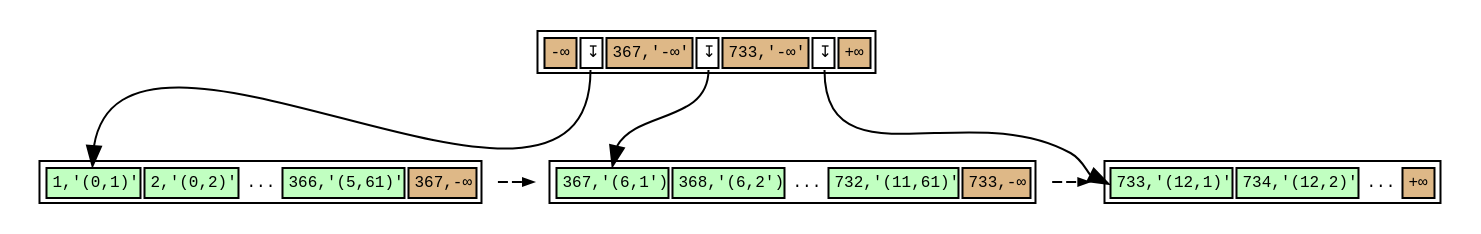
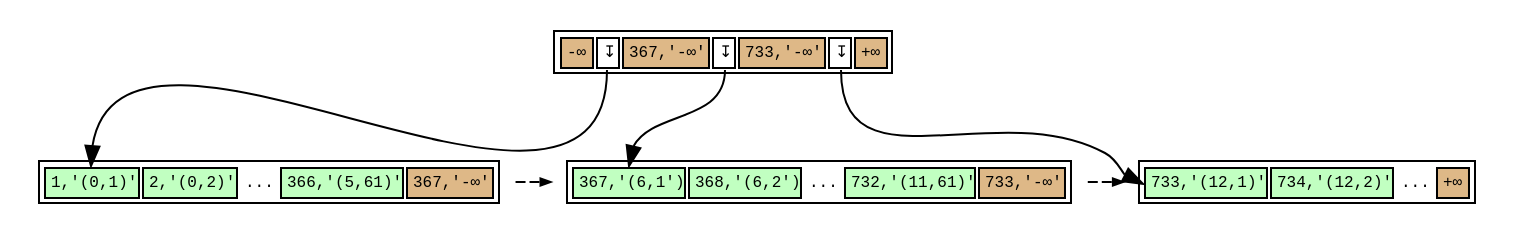
The diagram in postgres-real-btree.dot (petergeoghegan/pg_query_internals), drawn with Graphviz before and after one commit.

Commit message:
Add more realistic B-Tree

```diff
--- a/postgres-real-btree.dot
+++ b/postgres-real-btree.dot
@@ -1,79 +1,79 @@
 // Example B-Tree graph
 //
 // Breadth-first order
 //
 // Start from root, go left to right
 //
 // Workflow:
 //
 // $ dot -T svg btree.dot -o btree.svg;
 
 digraph nbtree {
 graph [fontname = "monospace"];
 node [shape = none,height=.1,fontname = "monospace",fontsize=8];
 // Level 1 (root level)
 // Downlinks + highkey:
 rootnode[ label=<<table>
                     <tr>
                         <td bgcolor='burlywood' port="s0">-&infin;</td>
                         <td bgcolor='white' port="d0">&#8615;</td>
                         <td bgcolor='burlywood' port="s1">367,'-&infin;'</td>
                         <td bgcolor='white' port="d1">&#8615;</td>
                         <td bgcolor='burlywood' port="s2">733,'-&infin;'</td>
                         <td bgcolor='white' port="d2">&#8615;</td>
                         <td bgcolor='burlywood' port="hk">+&infin;</td>
                     </tr>
                 </table>
                >
         ];
 // Downlink arrows to children:
 "rootnode":d0 -> "leafnode_1":t0
 "rootnode":d1 -> "leafnode_2":t0
 "rootnode":d2 -> "leafnode_3":t0
 
 // sibling pointer:
 // (None)
 
 
 // Level 0 (leaf level)
 leafnode_1[ label=<<table>
                     <tr>
                         <td bgcolor='darkseagreen1' port="t0">1,'(0,1)'</td>
                         <td bgcolor='darkseagreen1' port="t1">2,'(0,2)'</td>
                         <td border="0" bgcolor='white' port="t2">...</td>
                         <td bgcolor='darkseagreen1' port="t1">366,'(5,61)'</td>
-                        <td bgcolor='burlywood' port="hk">367,-&infin;</td>
+                        <td bgcolor='burlywood' port="hk">367,'-&infin;'</td>
                     </tr>
                 </table>
                >
         ];
 // sibling pointer:
 "leafnode_1" -> "leafnode_2"[constraint=false,color=black,style=dashed,arrowsize=0.5]
 leafnode_2[ label=<<table>
                     <tr>
                         <td bgcolor='darkseagreen1' port="t0">367,'(6,1')</td>
                         <td bgcolor='darkseagreen1' port="t1">368,'(6,2')</td>
                         <td border="0" bgcolor='white' port="t2">...</td>
                         <td bgcolor='darkseagreen1' port="t1">732,'(11,61)'</td>
-                        <td bgcolor='burlywood' port="hk">733,-&infin;</td>
+                        <td bgcolor='burlywood' port="hk">733,'-&infin;'</td>
                     </tr>
                 </table>
                >
         ];
 // sibling pointer:
 "leafnode_2" -> "leafnode_3"[constraint=false,color=black,style=dashed,arrowsize=0.5]
 leafnode_3[ label=<<table>
                     <tr>
                         <td bgcolor='darkseagreen1' port="t0">733,'(12,1)'</td>
                         <td bgcolor='darkseagreen1' port="t1">734,'(12,2)'</td>
                         <td border="0" bgcolor='white' port="t2">...</td>
                         <td bgcolor='burlywood' port="hk">+&infin;</td>
                     </tr>
                 </table>
                >
         ];
 
 //Force alignment from root to internal to leaf levels:
 edge[style=invis];
 "rootnode":d1 -> "leafnode_2":t2
 }
```
